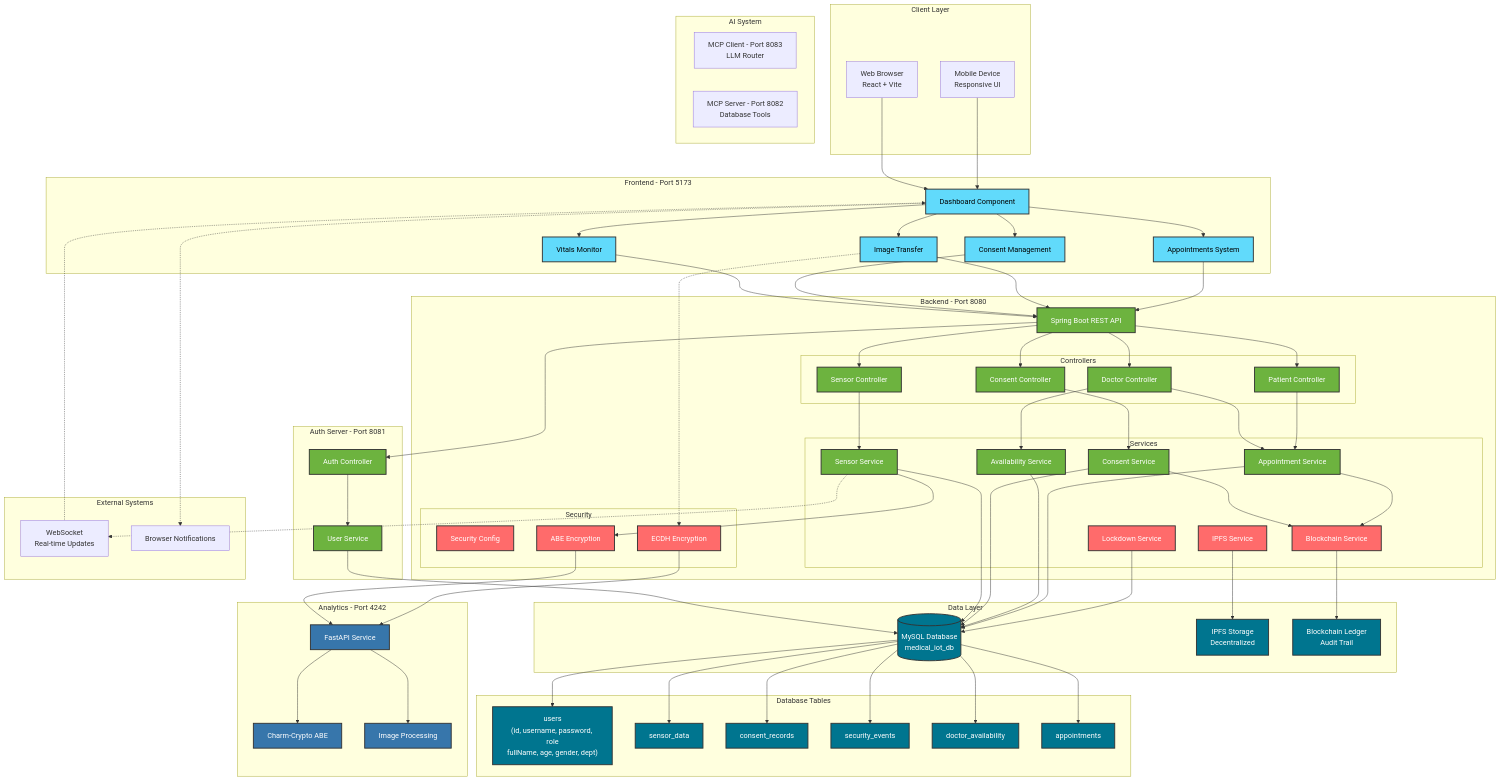
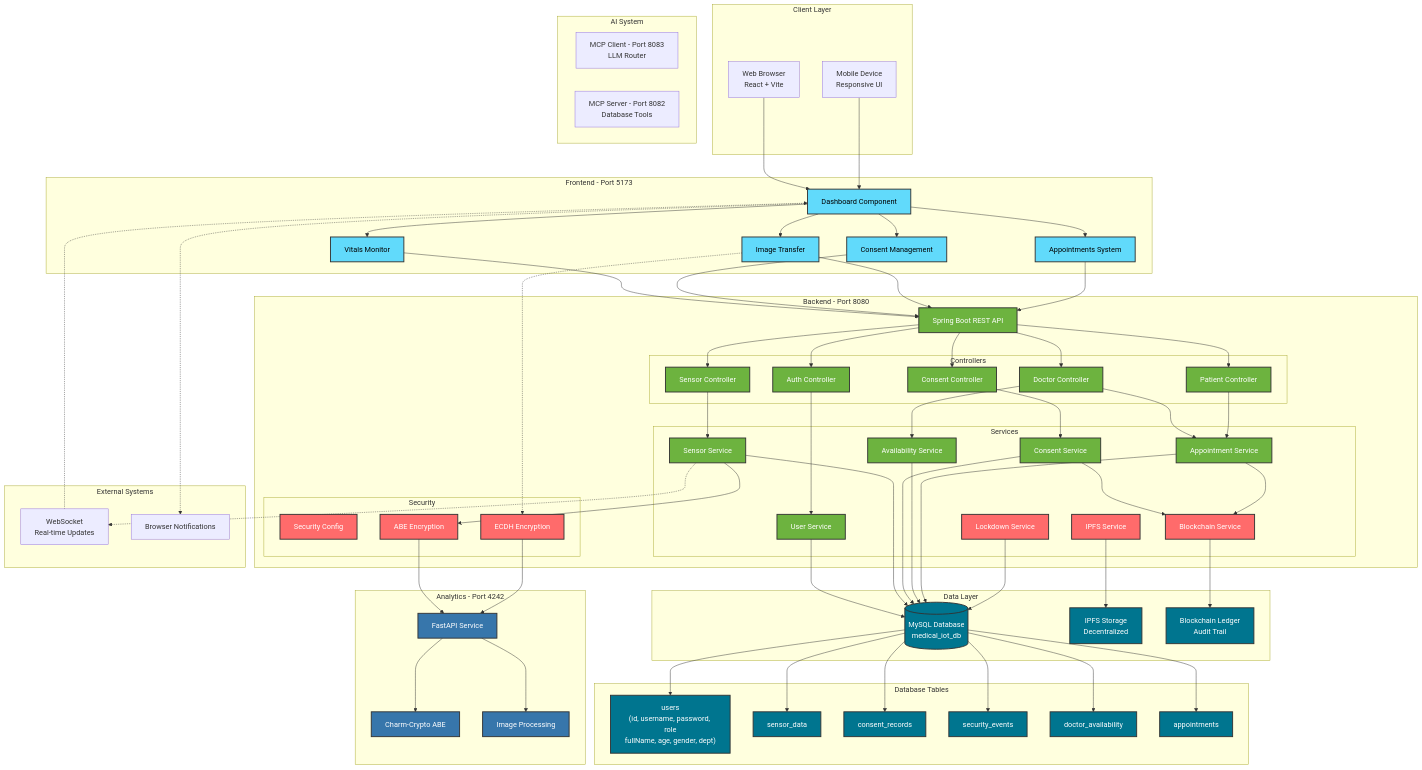
The seventh of 7 diagrams in README.md (malcolm-cephas/Medical-IoT), drawn with Mermaid before and after one commit. The commit also changed other lines of this file and 55 other files, not shown here.

Commit message:
Refactor: Unified backend-spring and auth-server, fixed DoctorAvailability schema, and standardized MCP server

```diff
--- a/README.md
+++ b/README.md
@@ -459,6 +444,7 @@
         API[Spring Boot REST API]
         
         subgraph "Controllers"
+            AUTH[Auth Controller]
             SENSOR[Sensor Controller]
             CONS[Consent Controller]
             DOC[Doctor Controller]
@@ -466,6 +452,7 @@
         end
         
         subgraph "Services"
+            USERSVC[User Service]
             SENSVC[Sensor Service]
             CONSVC[Consent Service]
             DOCAVSVC[Availability Service]
@@ -480,11 +467,6 @@
             ABE[ABE Encryption]
             ECDH[ECDH Encryption]
         end
-    end
-    
-    subgraph "Auth Server - Port 8081"
-        AUTH[Auth Controller]
-        USERSVC[User Service]
     end
     
     subgraph "AI System"
```
